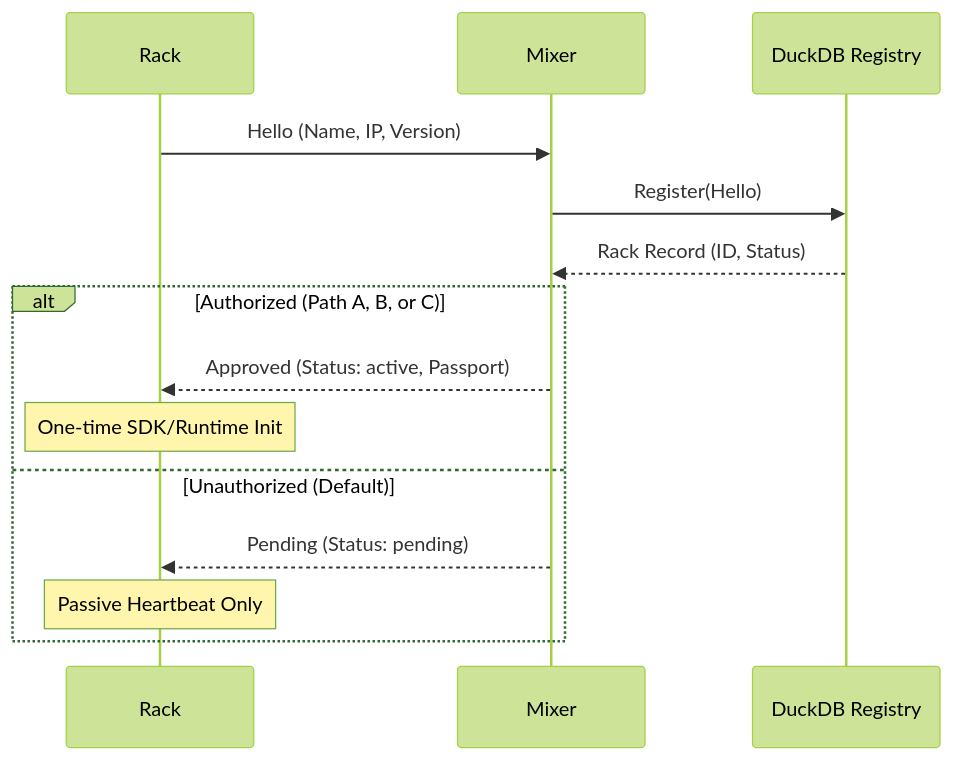
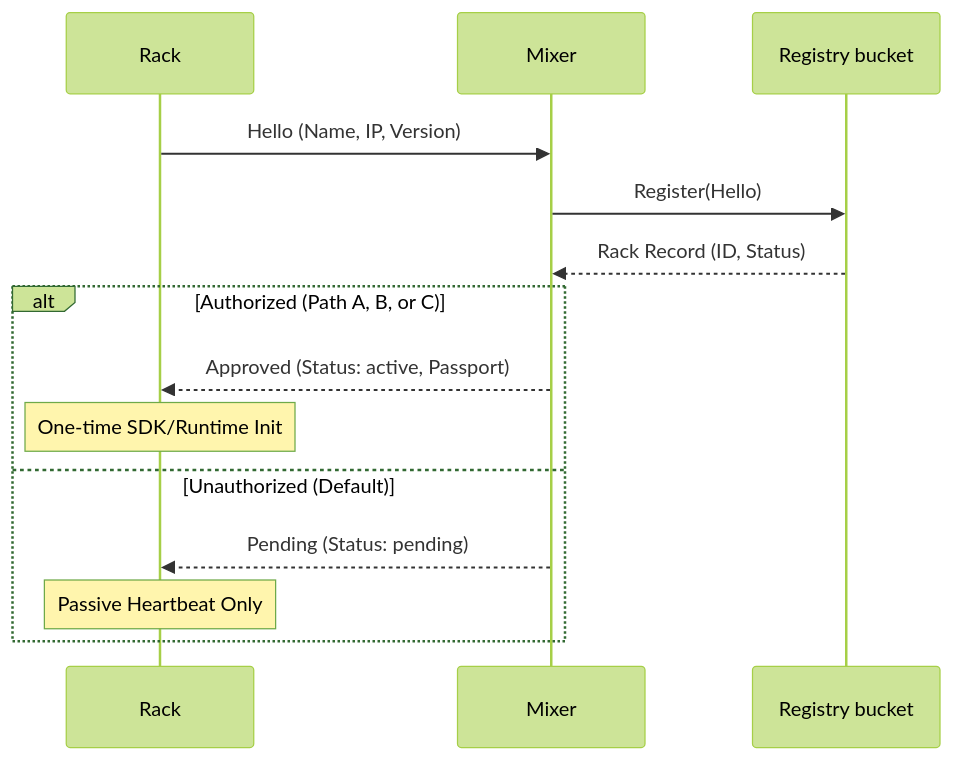
The second of 2 diagrams in docs/reference/registry.md (fluxrig/docs), drawn with Mermaid (forest theme) before and after one commit. The commit also changed other lines of this file and 34 other files, not shown here.

````diff
--- a/docs/reference/registry.md
+++ b/docs/reference/registry.md
@@ -65,18 +72,18 @@
 ```mermaid
 sequenceDiagram
     participant R as Rack
     participant M as Mixer
-    participant D as DuckDB Registry
+    participant D as Registry bucket
 
     R->>M: Hello (Name, IP, Version)
     M->>D: Register(Hello)
     D-->>M: Rack Record (ID, Status)
     
     alt Authorized (Path A, B, or C)
         M-->>R: Approved (Status: active, Passport)
         Note over R: One-time SDK/Runtime Init
     else Unauthorized (Default)
         M-->>R: Pending (Status: pending)
         Note over R: Passive Heartbeat Only
     end
 ```
````
